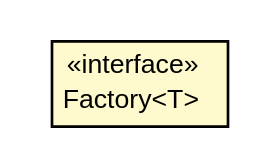
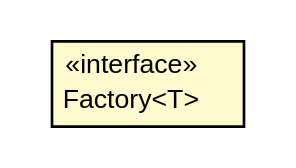
One commit to growbit/turbogwt-core changed the diagram in javadoc/apidocs/org/turbogwt/core/util/shared/Factory.dot. Above: the diagram before and after it, drawn with Graphviz. The commit also changed 235 other files, not shown here.

```diff
--- a/javadoc/apidocs/org/turbogwt/core/util/shared/Factory.dot
+++ b/javadoc/apidocs/org/turbogwt/core/util/shared/Factory.dot
@@ -1,20 +1,20 @@
 #!/usr/local/bin/dot
 #
 # Class diagram 
 # Generated by UMLGraph version R5_6-24-gf6e263 (http://www.umlgraph.org/)
 #
 
 digraph G {
-	edge [fontname="arial",fontsize=10,labelfontname="arial",labelfontsize=10];
-	node [fontname="arial",fontsize=10,shape=plaintext];
+	edge [fontname="Helvetica",fontsize=10,labelfontname="Helvetica",labelfontsize=10];
+	node [fontname="Helvetica",fontsize=10,shape=plaintext];
 	nodesep=0.25;
 	ranksep=0.5;
 	rankdir=LR;
 	// org.turbogwt.core.util.shared.Factory<T>
-	c434 [label=<<table title="org.turbogwt.core.util.shared.Factory" border="0" cellborder="1" cellspacing="0" cellpadding="2" port="p" bgcolor="lemonChiffon" href="./Factory.html">
+	c441 [label=<<table title="org.turbogwt.core.util.shared.Factory" border="0" cellborder="1" cellspacing="0" cellpadding="2" port="p" bgcolor="lemonChiffon" href="./Factory.html">
 		<tr><td><table border="0" cellspacing="0" cellpadding="1">
 <tr><td align="center" balign="center"> &#171;interface&#187; </td></tr>
 <tr><td align="center" balign="center"> Factory&lt;T&gt; </td></tr>
 		</table></td></tr>
-		</table>>, URL="./Factory.html", fontname="arial", fontcolor="black", fontsize=10.0];
+		</table>>, URL="./Factory.html", fontname="Helvetica", fontcolor="black", fontsize=10.0];
 }
```
